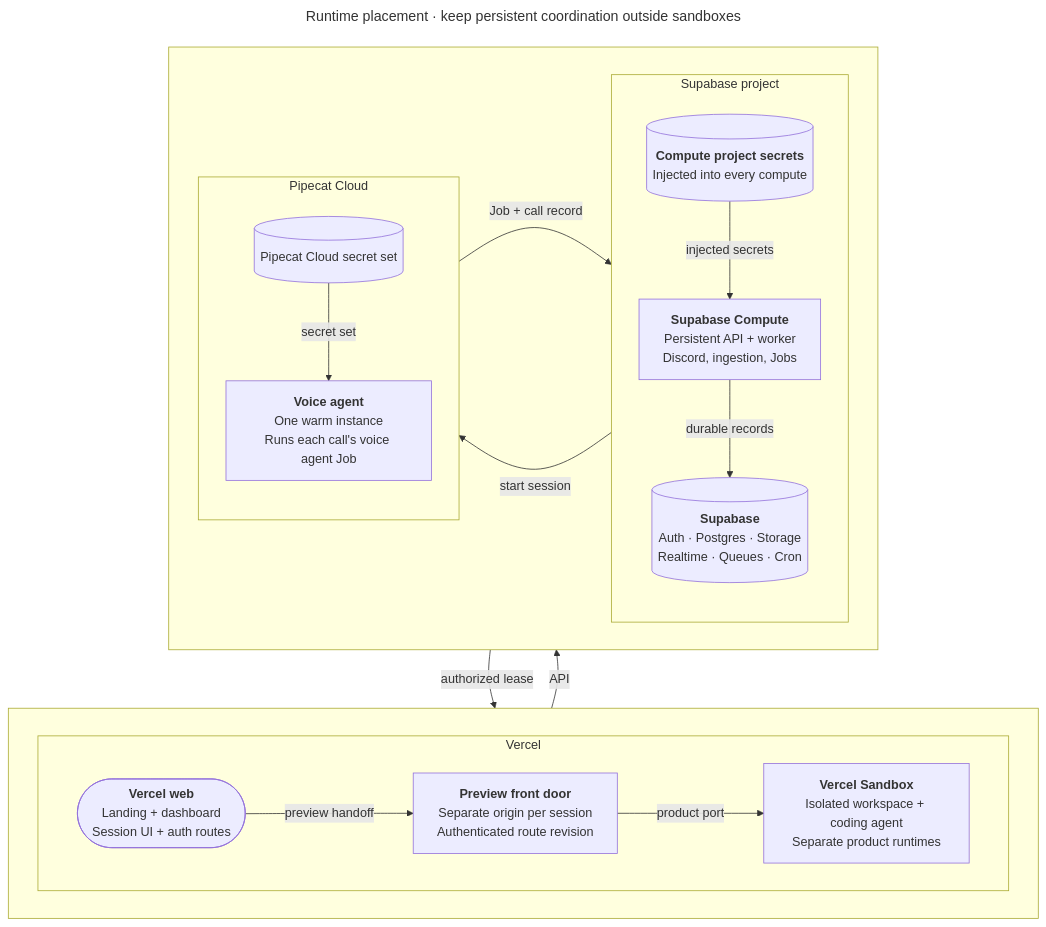
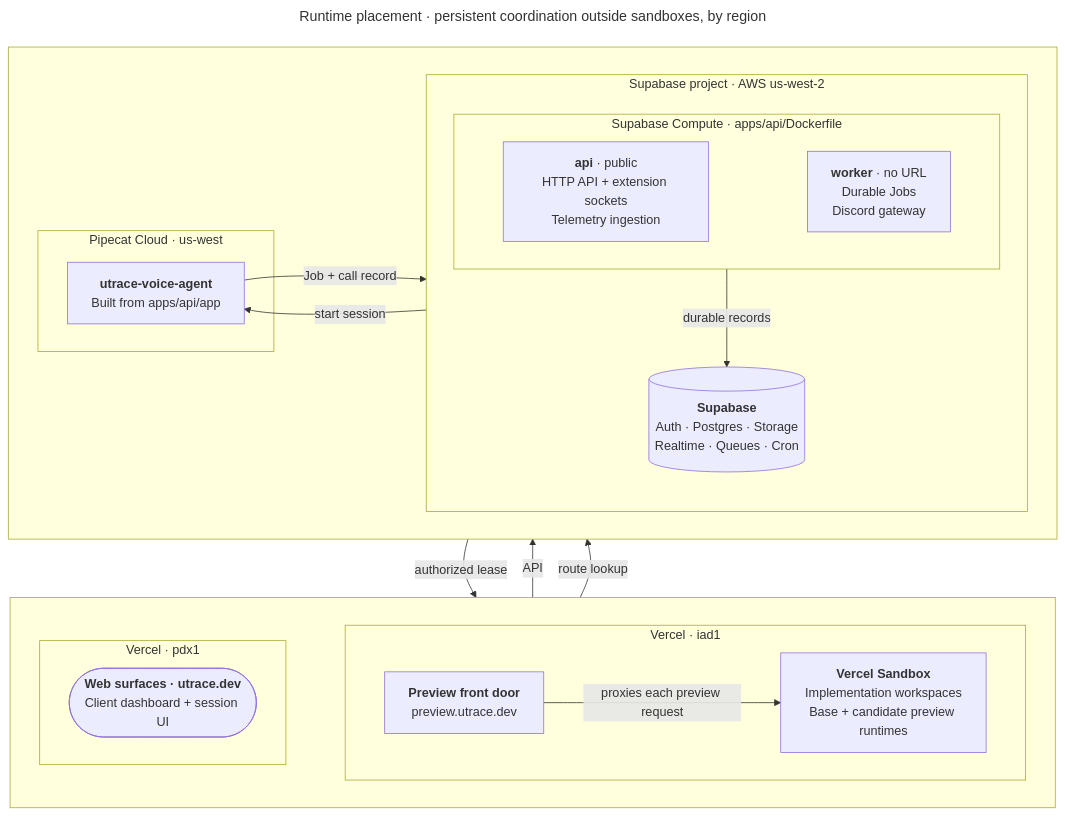
The diagram in docs/diagrams/pele/deployment.mmd (rithm84/userTrace), drawn with Mermaid before and after one commit. The commit also changed 628 other files, not shown here.

```diff
--- a/docs/diagrams/pele/deployment.mmd
+++ b/docs/diagrams/pele/deployment.mmd
@@ -1,47 +1,50 @@
 ---
-title: Runtime placement · keep persistent coordination outside sandboxes
+title: Runtime placement · persistent coordination outside sandboxes, by region
 ---
 flowchart TB
   subgraph row_1 [" "]
     direction LR
-    subgraph vercel ["Vercel"]
+    subgraph vercel_pdx ["Vercel · pdx1"]
+      web(["`**Web surfaces · utrace.dev**
+      Client dashboard + session UI`"]):::people
+    end
+    subgraph vercel_iad ["Vercel · iad1"]
       direction LR
-      web(["`**Vercel web**
-      Landing + dashboard
-      Session UI + auth routes`"]):::people
       door["`**Preview front door**
-      Separate origin per session
-      Authenticated route revision`"]:::people
+      preview.utrace.dev`"]:::people
       sandbox["`**Vercel Sandbox**
-      Isolated workspace + coding agent
-      Separate product runtimes`"]:::observation
-      web -->|preview handoff| door -->|product port| sandbox
+      Implementation workspaces
+      Base + candidate preview runtimes`"]:::observation
+      door -->|proxies each preview request| sandbox
     end
+    web ~~~ door
   end
   subgraph row_2 [" "]
     direction LR
-    subgraph supa ["Supabase project"]
+    subgraph supa ["Supabase project · AWS us-west-2"]
       direction TB
-      secrets[("`**Compute project secrets**
-      Injected into every compute`")]:::gate
-      compute["`**Supabase Compute**
-      Persistent API + worker
-      Discord, ingestion, Jobs`"]:::runtime
+      subgraph compute ["Supabase Compute · apps/api/Dockerfile"]
+        direction LR
+        api["`**api** · public
+        HTTP API + extension sockets
+        Telemetry ingestion`"]:::runtime
+        worker["`**worker** · no URL
+        Durable Jobs
+        Discord gateway`"]:::runtime
+        api ~~~ worker
+      end
       data[("`**Supabase**
       Auth · Postgres · Storage
       Realtime · Queues · Cron`")]:::outcome
-      secrets -->|injected secrets| compute -->|durable records| data
+      compute -->|durable records| data
     end
-    subgraph pcc ["Pipecat Cloud"]
-      direction TB
-      vsecrets[("Pipecat Cloud secret set")]:::gate
-      voice["`**Voice agent**
-      One warm instance
-      Runs each call's voice agent Job`"]:::runtime
-      vsecrets -->|secret set| voice
+    subgraph pcc ["Pipecat Cloud · us-west"]
+      voice["`**utrace-voice-agent**
+      Built from apps/api/app`"]:::runtime
     end
   end
-  web -->|API| compute
+  web -->|API| api
+  door -->|route lookup| api
   compute -->|authorized lease| sandbox
-  compute -->|start session| voice
+  api -->|start session| voice
   voice -->|Job + call record| data
```
